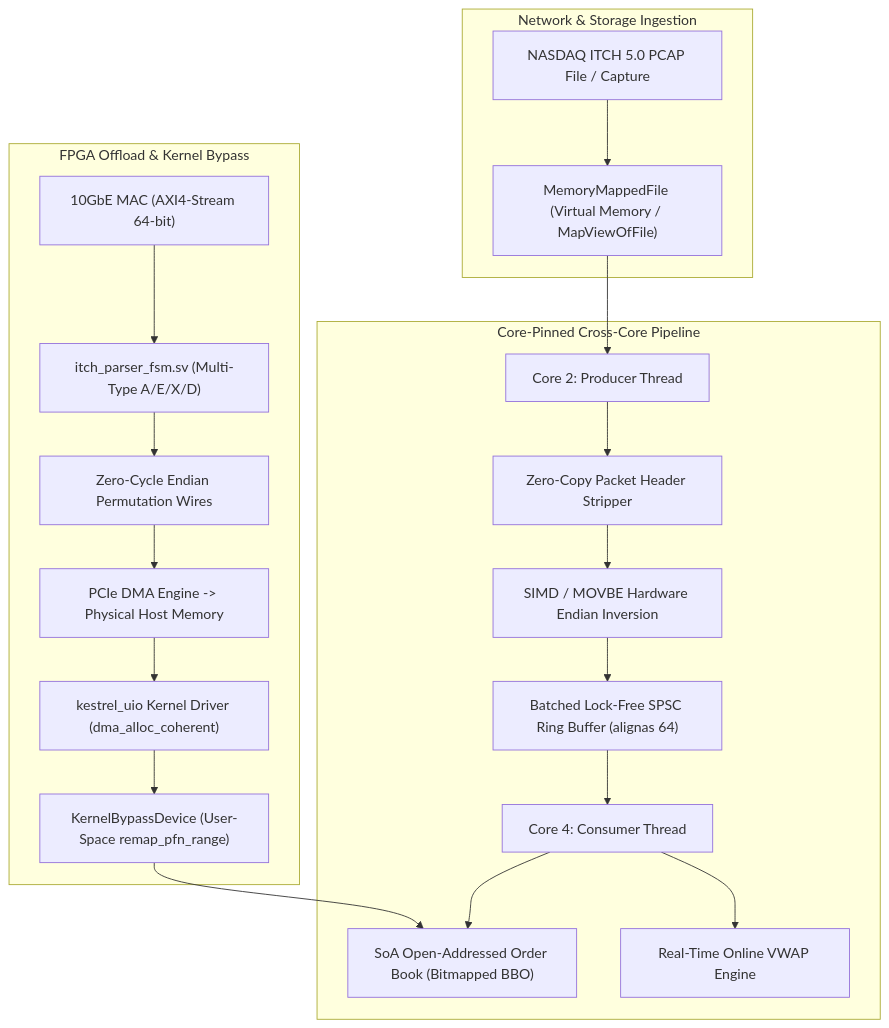
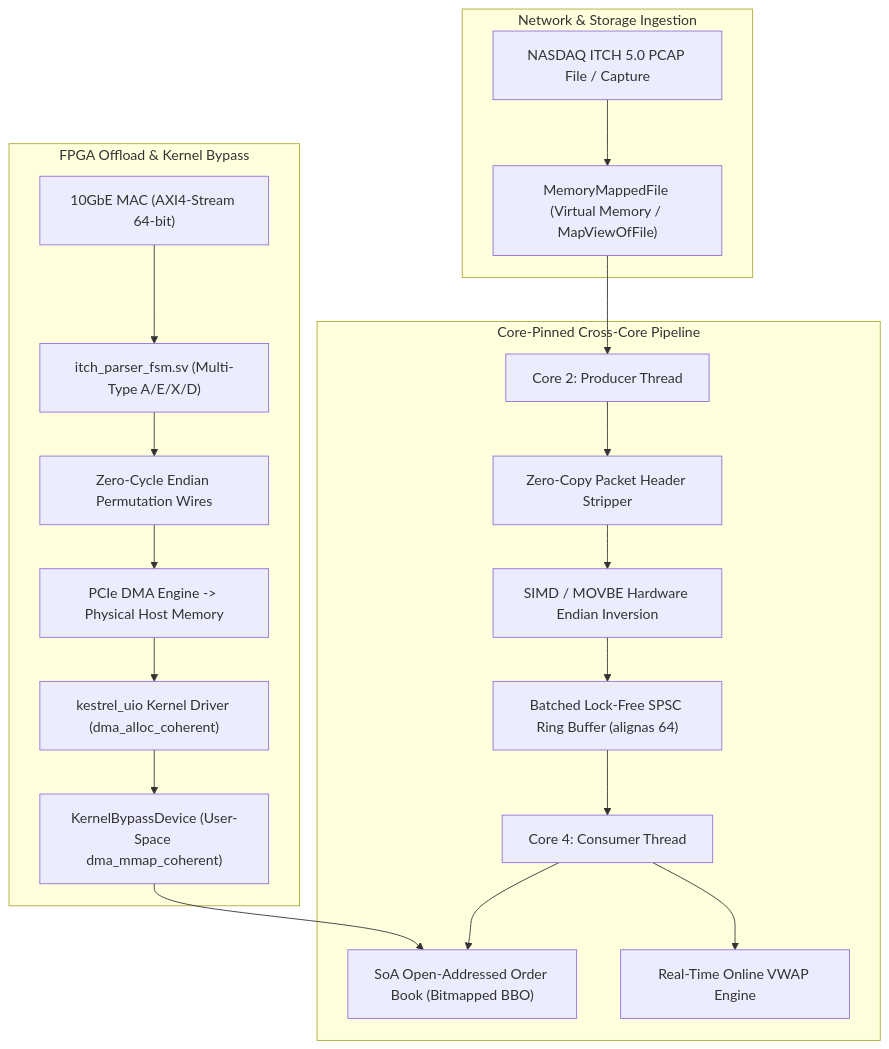
Before and after one commit to ak495867/Kestrel: the diagram in README.md, drawn with Mermaid. The commit also changed other lines of this file and 14 other files, not shown here.

````diff
--- a/README.md
+++ b/README.md
@@ -101,25 +129,25 @@
 ```mermaid
 flowchart TD
     subgraph INGESTION["Network & Storage Ingestion"]
         A["NASDAQ ITCH 5.0 PCAP File / Capture"] --> B["MemoryMappedFile (Virtual Memory / MapViewOfFile)"]
     end
 
     subgraph PIPELINE["Core-Pinned Cross-Core Pipeline"]
         B --> C["Core 2: Producer Thread"]
         C --> D["Zero-Copy Packet Header Stripper"]
         D --> E["SIMD / MOVBE Hardware Endian Inversion"]
         E --> F["Batched Lock-Free SPSC Ring Buffer (alignas 64)"]
         F --> G["Core 4: Consumer Thread"]
         G --> H["SoA Open-Addressed Order Book (Bitmapped BBO)"]
         G --> I["Real-Time Online VWAP Engine"]
     end
 
     subgraph HARDWARE["FPGA Offload & Kernel Bypass"]
         J["10GbE MAC (AXI4-Stream 64-bit)"] --> K["itch_parser_fsm.sv (Multi-Type A/E/X/D)"]
         K --> L["Zero-Cycle Endian Permutation Wires"]
         L --> M["PCIe DMA Engine -> Physical Host Memory"]
         M --> N["kestrel_uio Kernel Driver (dma_alloc_coherent)"]
-        N --> O["KernelBypassDevice (User-Space remap_pfn_range)"]
+        N --> O["KernelBypassDevice (User-Space dma_mmap_coherent)"]
         O --> H
     end
 ```
````
